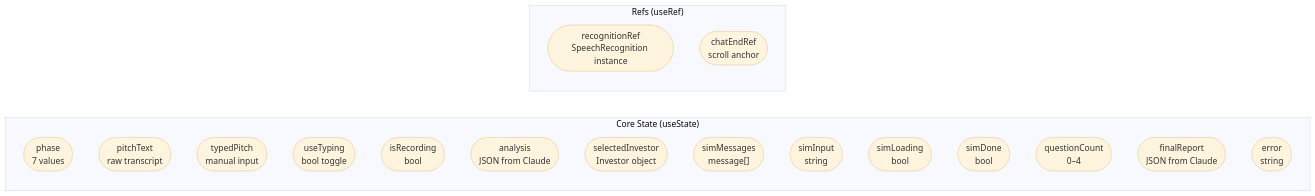
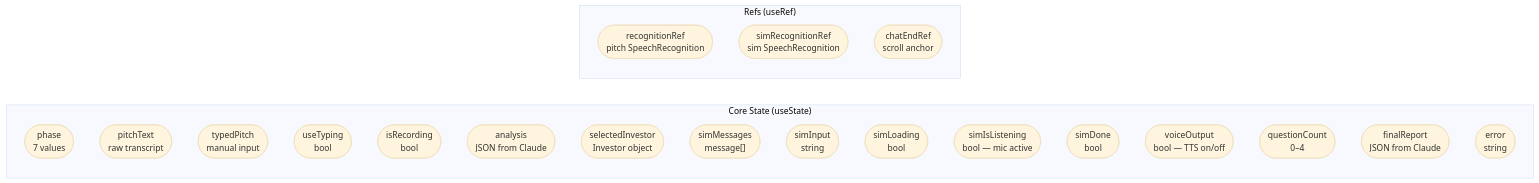
The fourth of 10 diagrams in architecture.md (srivi19/pitchmirror), drawn with Mermaid (base theme) before and after one commit. The commit also changed other lines of this file and 1 other file, not shown here.

Commit message:
Update README and architecture.md: Express proxy, voice I/O, back/download buttons, deployment guide

````diff
--- a/architecture.md
+++ b/architecture.md
@@ -126,24 +141,27 @@
 ```mermaid
 graph LR
     subgraph "Core State (useState)"
         phase(["phase\n7 values"])
         pitchText(["pitchText\nraw transcript"])
         typedPitch(["typedPitch\nmanual input"])
-        useTyping(["useTyping\nbool toggle"])
+        useTyping(["useTyping\nbool"])
         isRecording(["isRecording\nbool"])
         analysis(["analysis\nJSON from Claude"])
         selectedInvestor(["selectedInvestor\nInvestor object"])
         simMessages(["simMessages\nmessage[]"])
         simInput(["simInput\nstring"])
         simLoading(["simLoading\nbool"])
+        simIsListening(["simIsListening\nbool — mic active"])
         simDone(["simDone\nbool"])
+        voiceOutput(["voiceOutput\nbool — TTS on/off"])
         questionCount(["questionCount\n0–4"])
         finalReport(["finalReport\nJSON from Claude"])
         error(["error\nstring"])
     end
 
     subgraph "Refs (useRef)"
-        recognitionRef(["recognitionRef\nSpeechRecognition instance"])
+        recognitionRef(["recognitionRef\npitch SpeechRecognition"])
+        simRecognitionRef(["simRecognitionRef\nsim SpeechRecognition"])
         chatEndRef(["chatEndRef\nscroll anchor"])
     end
 ```
````
